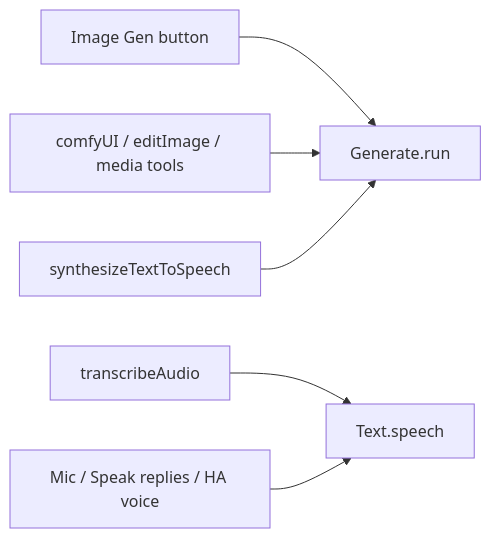
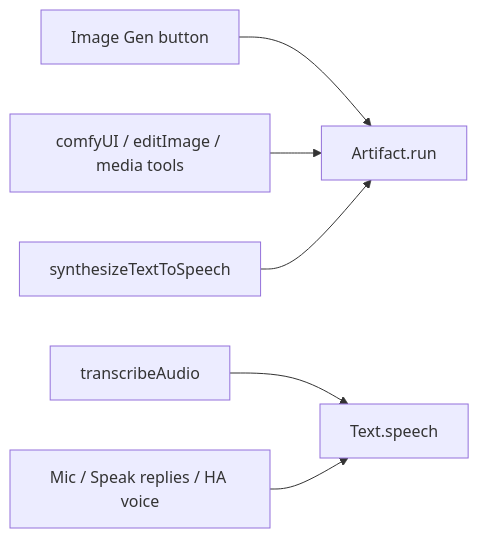
Before and after one commit to TNG/AI-Playground: the third of 6 diagrams in docs/architecture-target.md, drawn with Mermaid. The commit also changed other lines of this file and 1 other file, not shown here.

Commit message:
docs: rename Generate capability to Artifact

````diff
--- a/docs/architecture-target.md
+++ b/docs/architecture-target.md
@@ -326,16 +326,16 @@
 ```mermaid
 flowchart LR
-  gen["Generate.run"]
+  gen["Artifact.run"]
   speech["Text.speech"]
   comfyTools["comfyUI / editImage / media tools"]
   ttsTool["synthesizeTextToSpeech"]
   sttTool["transcribeAudio"]
   imgBtn["Image Gen button"]
   mic["Mic / Speak replies / HA voice"]
 
   imgBtn --> gen
   comfyTools --> gen
   ttsTool --> gen
   sttTool --> speech
   mic --> speech
 ```
````
